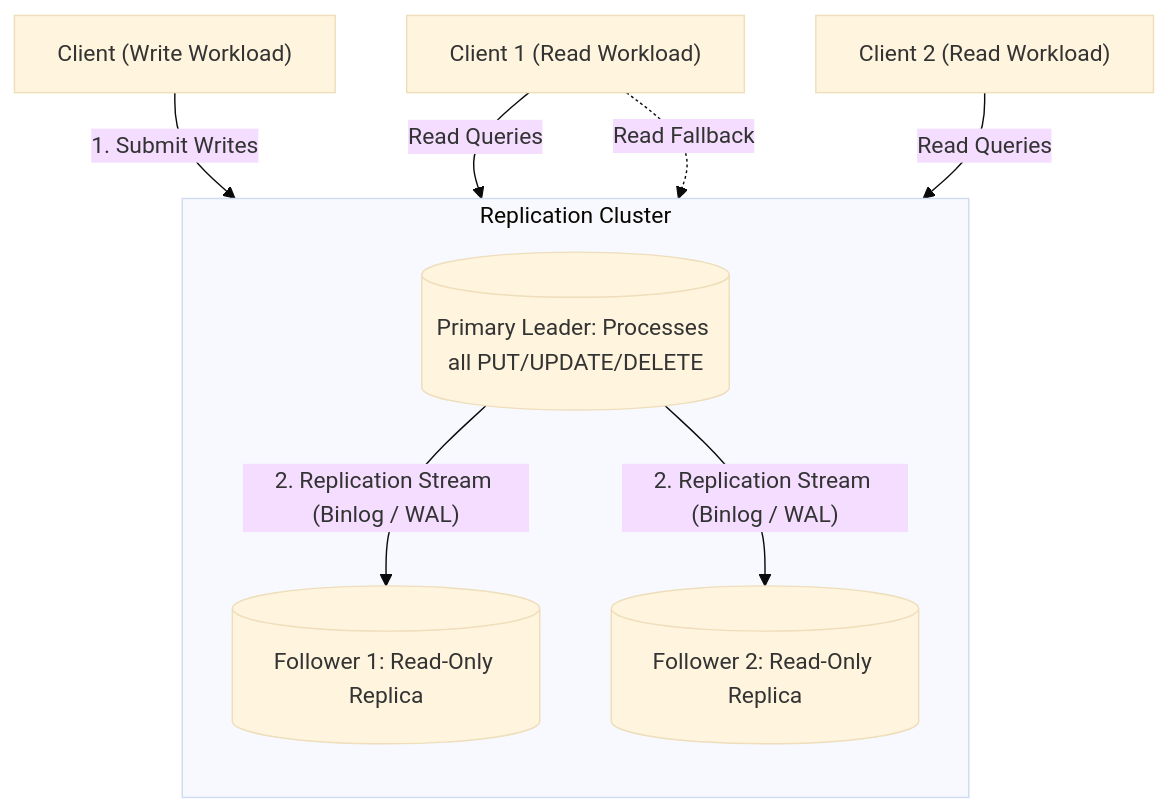
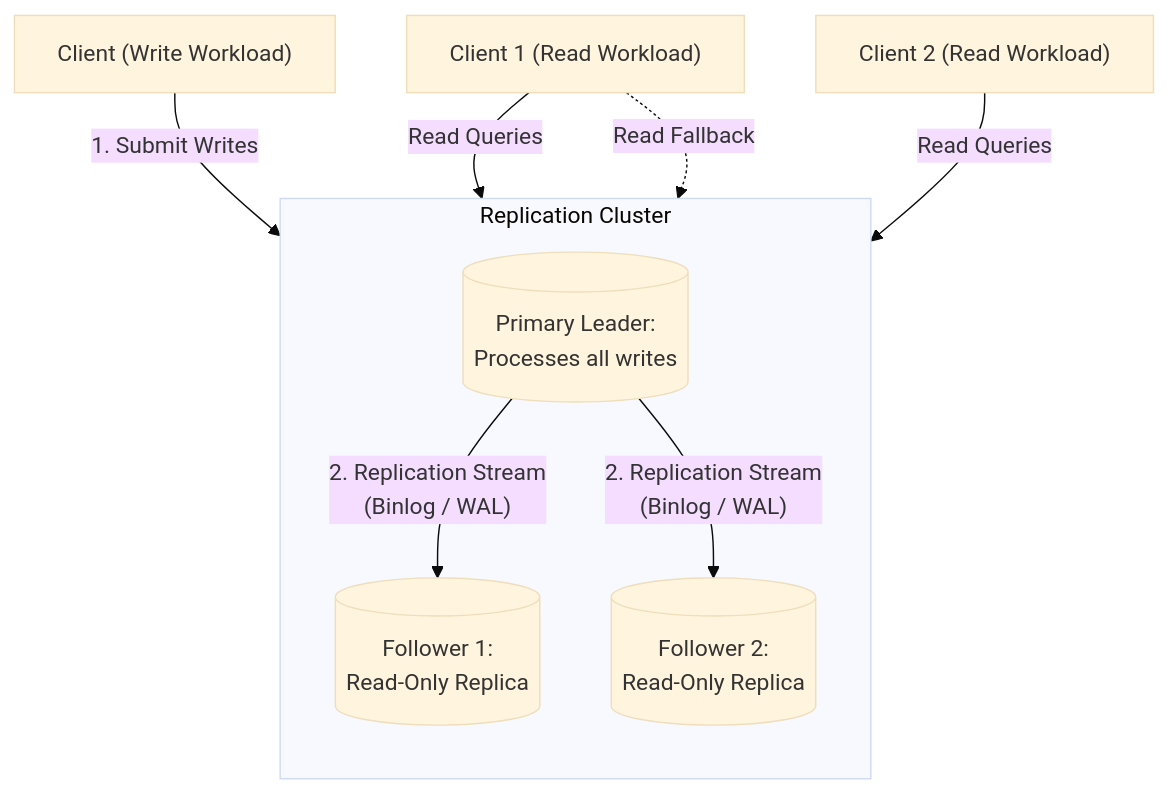
The first of 16 diagrams in 01 Designing Data-Intensive Applications/chapter-06-replication.md (1mimhe/books-summery), drawn with Mermaid (base theme) before and after one commit. The commit also changed other lines of this file and 1 other file, not shown here.

Commit message:
docs(book01): forensic rewrite ch06-07 (16 replication figs, hot-spots, global indexes)

````diff
--- a/01 Designing Data-Intensive Applications/chapter-06-replication.md
+++ b/01 Designing Data-Intensive Applications/chapter-06-replication.md
@@ -196,21 +155,21 @@
 ```mermaid
 flowchart TD
   CLIENT_W["Client (Write Workload)"]
   CLIENT_R1["Client 1 (Read Workload)"]
   CLIENT_R2["Client 2 (Read Workload)"]
 
   subgraph CLUSTER["Replication Cluster"]
     direction TB
-    LEADER[("Primary Leader: Processes all PUT/UPDATE/DELETE")]
-    F1[("Follower 1: Read-Only Replica")]
-    F2[("Follower 2: Read-Only Replica")]
+    LEADER[("Primary Leader:<br/>Processes all writes")]
+    F1[("Follower 1:<br/>Read-Only Replica")]
+    F2[("Follower 2:<br/>Read-Only Replica")]
   end
 
   CLIENT_W -->|"1. Submit Writes"| LEADER
-  LEADER -->|"2. Replication Stream (Binlog / WAL)"| F1
-  LEADER -->|"2. Replication Stream (Binlog / WAL)"| F2
+  LEADER -->|"2. Replication Stream<br/>(Binlog / WAL)"| F1
+  LEADER -->|"2. Replication Stream<br/>(Binlog / WAL)"| F2
 
   CLIENT_R1 -->|"Read Queries"| F1
   CLIENT_R2 -->|"Read Queries"| F2
   CLIENT_R1 -.->|"Read Fallback"| LEADER
 ```
````
